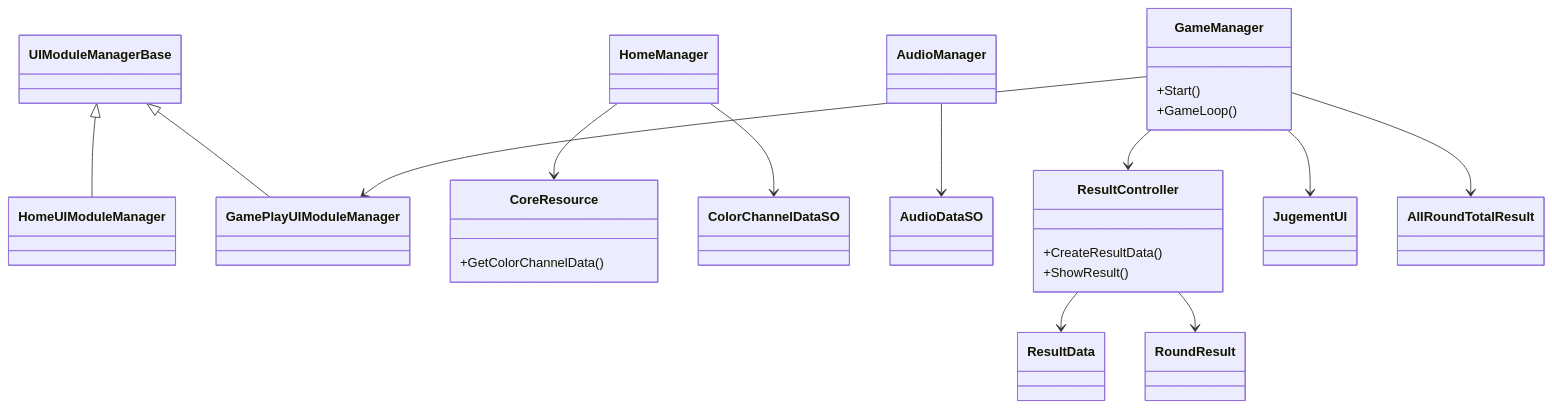
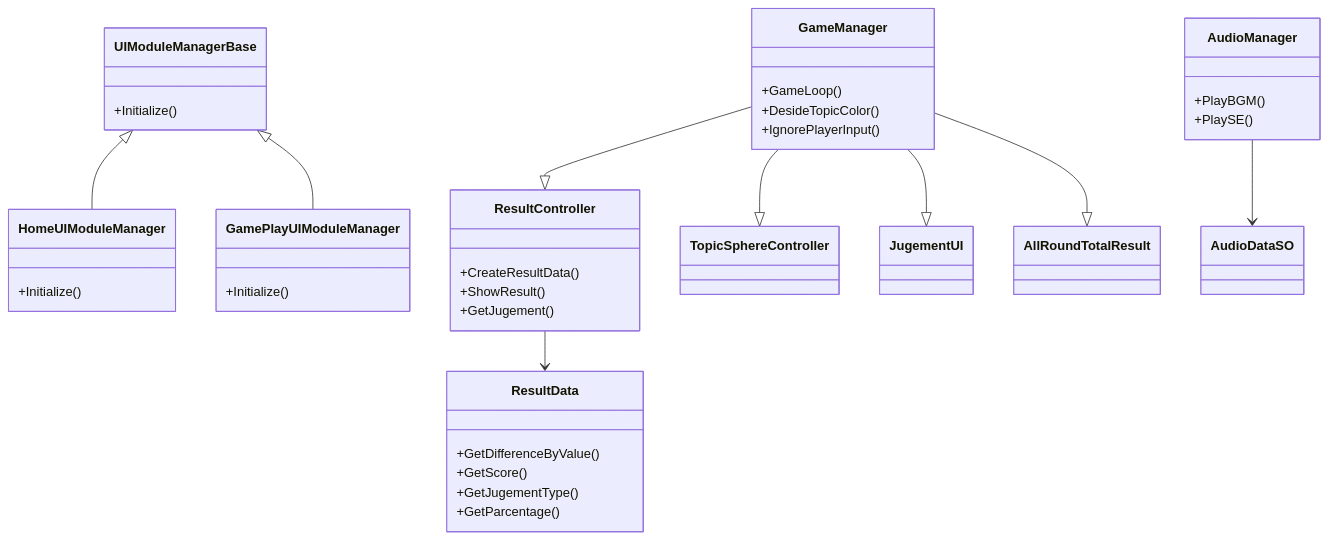
One commit to HinataPiyo/AbsoluteColor changed the fifth of 5 diagrams in Documentation/SystemArchitecture.md. Above: the diagram before and after it, drawn with Mermaid. The commit also changed other lines of this file and 10 other files, not shown here.

````diff
--- a/Documentation/SystemArchitecture.md
+++ b/Documentation/SystemArchitecture.md
@@ -103,36 +135,47 @@
 ```mermaid
 classDiagram
+    class UIModuleManagerBase {
+        +Initialize()
+    }
+    
+    class HomeUIModuleManager {
+        +Initialize()
+    }
+    
+    class GamePlayUIModuleManager {
+        +Initialize()
+    }
+    
     class GameManager {
-      +Start()
-      +GameLoop()
+        +GameLoop()
+        +DesideTopicColor()
+        +IgnorePlayerInput()
     }
-    class HomeManager
-    class UIModuleManagerBase
-    class HomeUIModuleManager
-    class GamePlayUIModuleManager
-    class CoreResource {
-      +GetColorChannelData()
+    
+    class ResultController {
+        +CreateResultData()
+        +ShowResult()
+        +GetJugement()
     }
-    class ColorChannelDataSO
-    class AudioDataSO
-    class AudioManager
-    class ResultController {
-      +CreateResultData()
-      +ShowResult()
+    
+    class ResultData {
+        +GetDifferenceByValue()
+        +GetScore()
+        +GetJugementType()
+        +GetParcentage()
     }
-    class ResultData
-    class RoundResult
-    class JugementUI
-    class AllRoundTotalResult
+    
+    class AudioManager {
+        +PlayBGM()
+        +PlaySE()
+    }
+    
     UIModuleManagerBase <|-- HomeUIModuleManager
     UIModuleManagerBase <|-- GamePlayUIModuleManager
-    HomeManager --> ColorChannelDataSO
-    HomeManager --> CoreResource
-    GameManager --> GamePlayUIModuleManager
-    GameManager --> ResultController
-    GameManager --> JugementUI
-    GameManager --> AllRoundTotalResult
+    GameManager --|> TopicSphereController
+    GameManager --|> ResultController
+    GameManager --|> JugementUI
+    GameManager --|> AllRoundTotalResult
     ResultController --> ResultData
-    ResultController --> RoundResult
     AudioManager --> AudioDataSO
 ```
````
